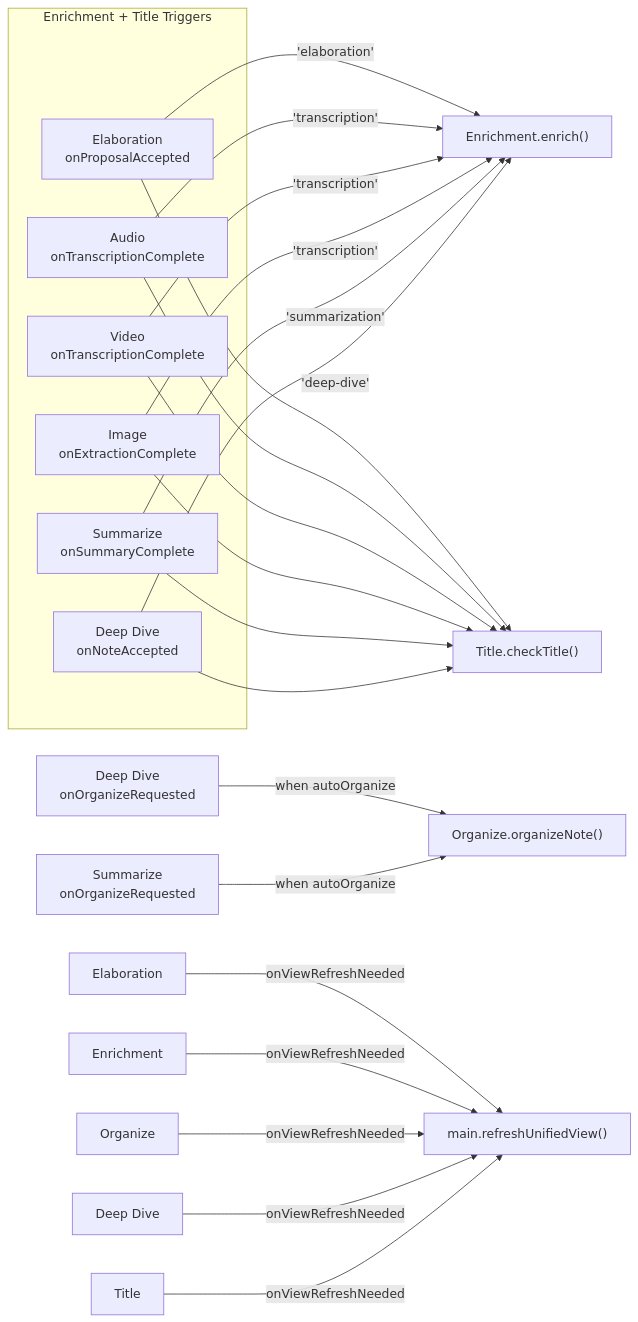
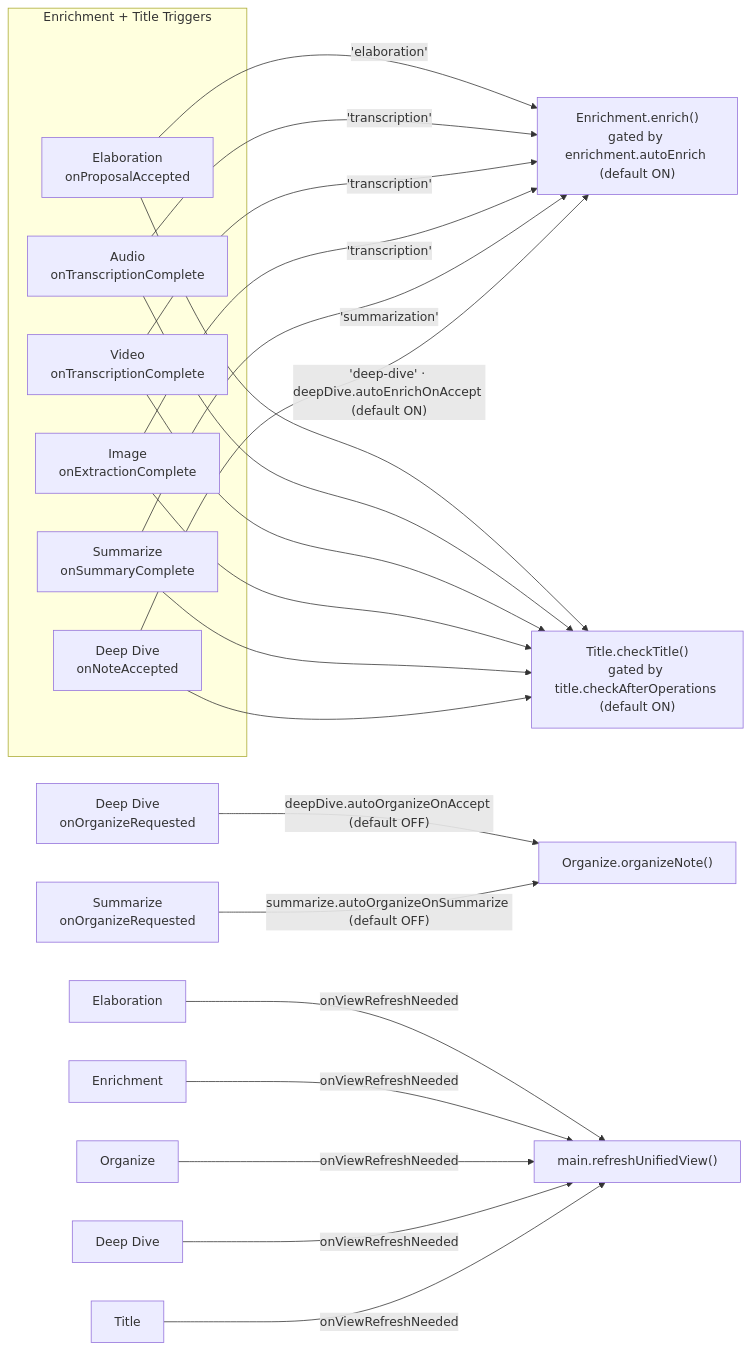
One commit to dustinkeeton/obsidian-synapse changed the ninth of 12 diagrams in ARCHITECTURE.md. Above: the diagram before and after it, drawn with Mermaid. The commit also changed other lines of this file and 1 other file, not shown here.

Commit message:
docs: add command-pipeline Mermaid diagram (#388)

````diff
--- a/ARCHITECTURE.md
+++ b/ARCHITECTURE.md
@@ -576,33 +588,33 @@
 ```mermaid
 graph LR
     subgraph Triggers["Enrichment + Title Triggers"]
         Elab["Elaboration<br/>onProposalAccepted"]
         Audio["Audio<br/>onTranscriptionComplete"]
         Video["Video<br/>onTranscriptionComplete"]
         Img["Image<br/>onExtractionComplete"]
         Summ["Summarize<br/>onSummaryComplete"]
         DDa["Deep Dive<br/>onNoteAccepted"]
     end
 
-    Enrich["Enrichment.enrich()"]
-    TitleChk["Title.checkTitle()"]
+    Enrich["Enrichment.enrich()<br/>gated by enrichment.autoEnrich (default ON)"]
+    TitleChk["Title.checkTitle()<br/>gated by title.checkAfterOperations (default ON)"]
 
     Elab -->|"'elaboration'"| Enrich
     Audio -->|"'transcription'"| Enrich
     Video -->|"'transcription'"| Enrich
     Img -->|"'transcription'"| Enrich
     Summ -->|"'summarization'"| Enrich
-    DDa -->|"'deep-dive'"| Enrich
+    DDa -->|"'deep-dive' · deepDive.autoEnrichOnAccept (default ON)"| Enrich
 
     Elab --> TitleChk
     Audio --> TitleChk
     Video --> TitleChk
     Img --> TitleChk
     Summ --> TitleChk
     DDa --> TitleChk
 
-    DD2["Deep Dive<br/>onOrganizeRequested"] -->|"when autoOrganize"| Org["Organize.organizeNote()"]
-    Summ2["Summarize<br/>onOrganizeRequested"] -->|"when autoOrganize"| Org
+    DD2["Deep Dive<br/>onOrganizeRequested"] -->|"deepDive.autoOrganizeOnAccept (default OFF)"| Org["Organize.organizeNote()"]
+    Summ2["Summarize<br/>onOrganizeRequested"] -->|"summarize.autoOrganizeOnSummarize (default OFF)"| Org
 
     ElabR["Elaboration"] & EnrichR["Enrichment"] & OrgR["Organize"] & DDR["Deep Dive"] & TitleR["Title"] -->|onViewRefreshNeeded| Refresh["main.refreshUnifiedView()"]
 ```
````
